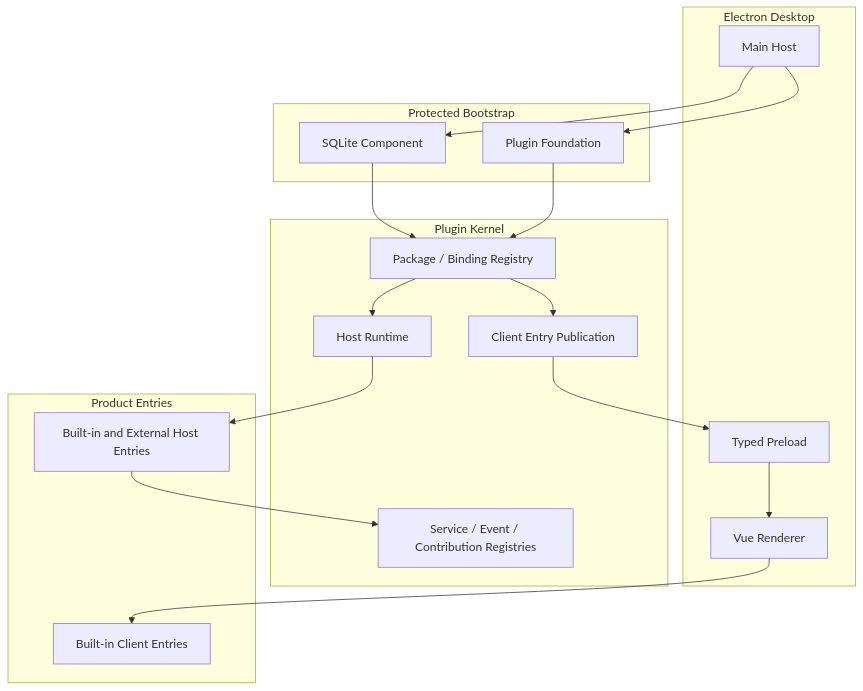
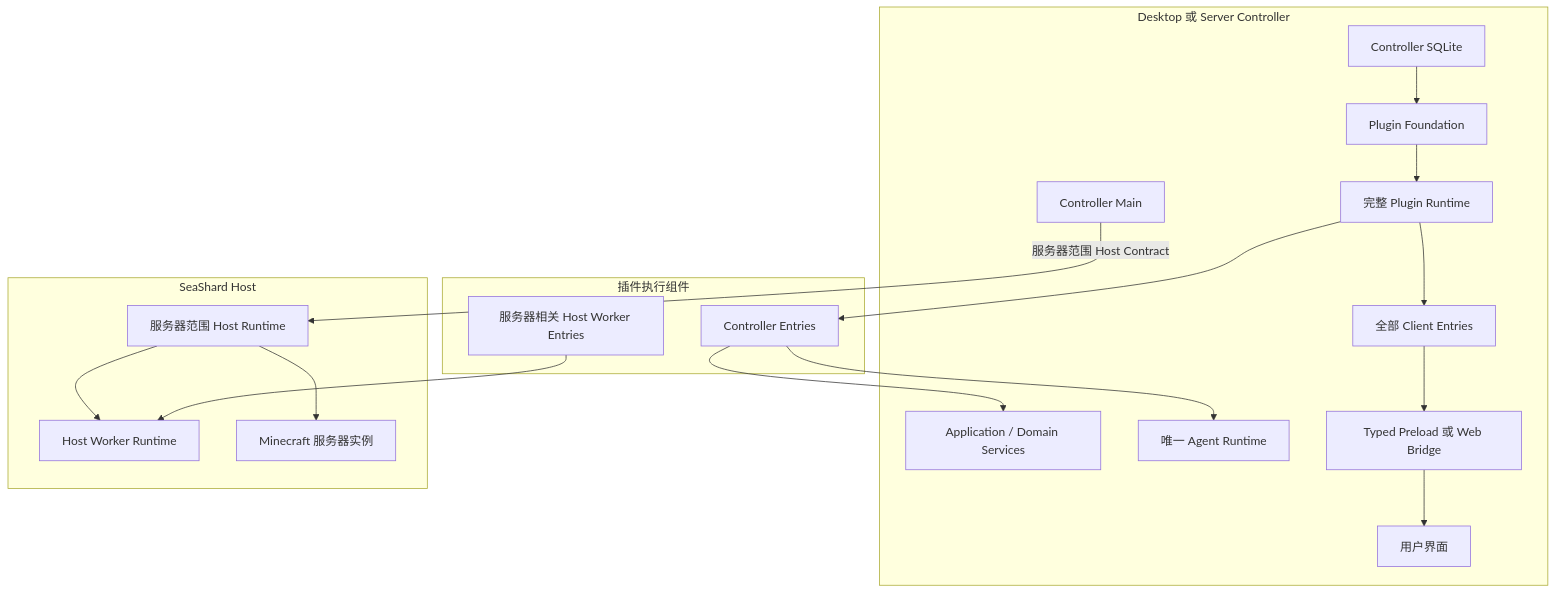
Before and after one commit to SeaLantern-Studio/SeaShard: the diagram in DESIGN.md, drawn with Mermaid. The commit also changed other lines of this file and 106 other files, not shown here.

Commit message:
feat(architecture): 完成 Controller 与 Host 架构重构

````diff
--- a/DESIGN.md
+++ b/DESIGN.md
@@ -36,37 +36,38 @@
 ```mermaid
 flowchart TB
-    subgraph Desktop[Electron Desktop]
-        MAIN[Main Host]
-        PRELOAD[Typed Preload]
-        RENDERER[Vue Renderer]
+    subgraph Controller[Desktop 或 Server Controller]
+        CONTROL[Controller Main]
+        DB[Controller SQLite]
+        FOUNDATION[Plugin Foundation]
+        KERNEL[完整 Plugin Runtime]
+        SERVICES[Application / Domain Services]
+        AGENT[唯一 Agent Runtime]
+        CLIENTS[全部 Client Entries]
+        PRELOAD[Typed Preload 或 Web Bridge]
+        RENDERER[用户界面]
     end
 
-    subgraph Bootstrap[Protected Bootstrap]
-        DB[SQLite Component]
-        FOUNDATION[Plugin Foundation]
+    subgraph Host[SeaShard Host]
+        HOSTRUNTIME[服务器范围 Host Runtime]
+        WORKERS[Host Worker Runtime]
+        INSTANCES[Minecraft 服务器实例]
     end
 
-    subgraph Kernel[Plugin Kernel]
-        REGISTRY[Package / Binding Registry]
-        RUNTIME[Host Runtime]
-        SERVICES[Service / Event / Contribution Registries]
-        CLIENTS[Client Entry Publication]
+    subgraph Entries[插件执行组件]
+        CONTROLLERENTRY[Controller Entries]
+        HOSTWORKER[服务器相关 Host Worker Entries]
     end
 
-    subgraph Entries[Product Entries]
-        HOST[Built-in and External Host Entries]
-        CLIENT[Built-in Client Entries]
-    end
-
-    MAIN --> DB
-    MAIN --> FOUNDATION
-    DB --> REGISTRY
-    FOUNDATION --> REGISTRY
-    REGISTRY --> RUNTIME
-    RUNTIME --> HOST
-    HOST --> SERVICES
-    REGISTRY --> CLIENTS
+    DB --> FOUNDATION
+    FOUNDATION --> KERNEL
+    KERNEL --> CONTROLLERENTRY
+    CONTROLLERENTRY --> SERVICES
+    CONTROLLERENTRY --> AGENT
+    KERNEL --> CLIENTS
     CLIENTS --> PRELOAD
     PRELOAD --> RENDERER
-    RENDERER --> CLIENT
+    CONTROL -->|服务器范围 Host Contract| HOSTRUNTIME
+    HOSTRUNTIME --> INSTANCES
+    HOSTRUNTIME --> WORKERS
+    HOSTWORKER --> WORKERS
 ```
````
